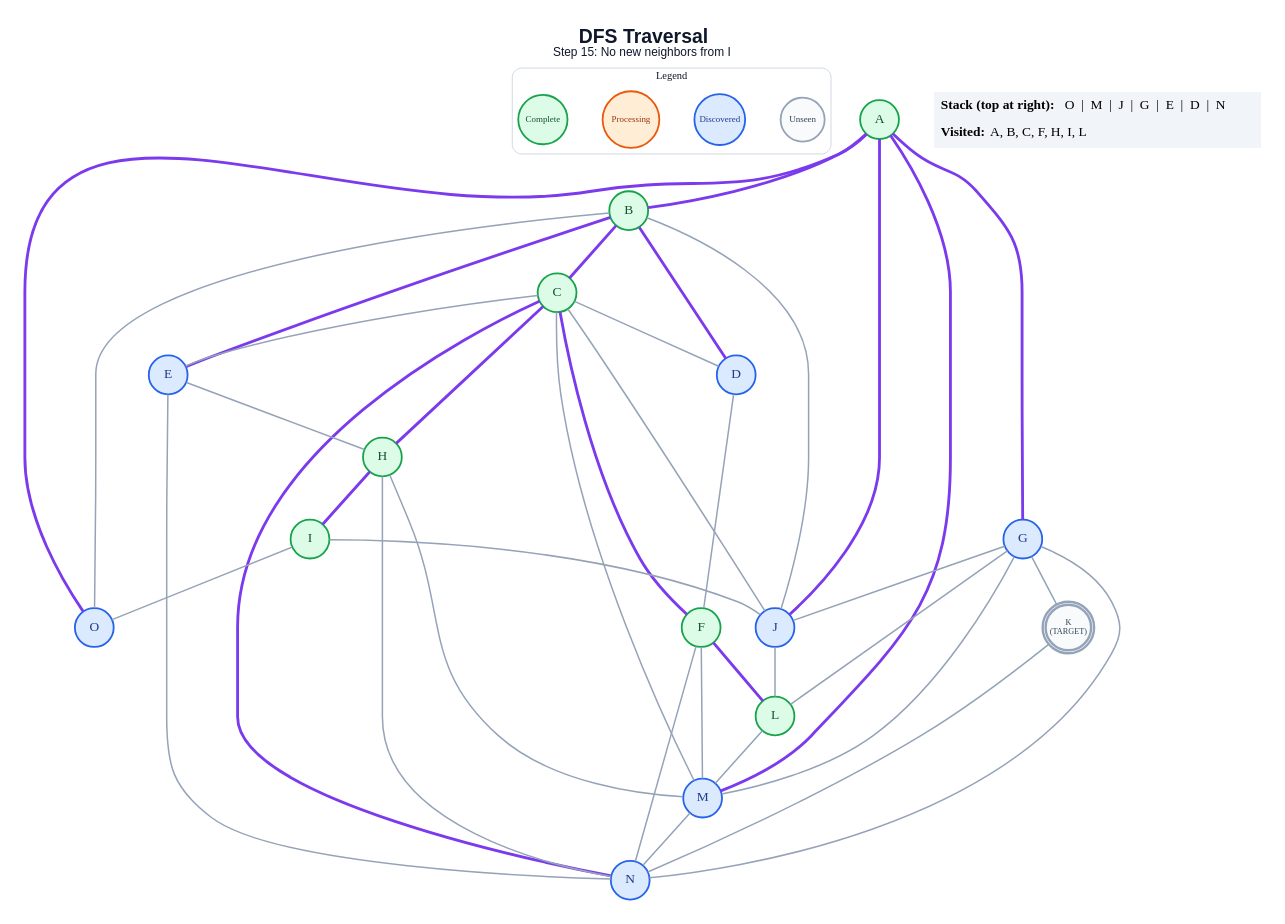
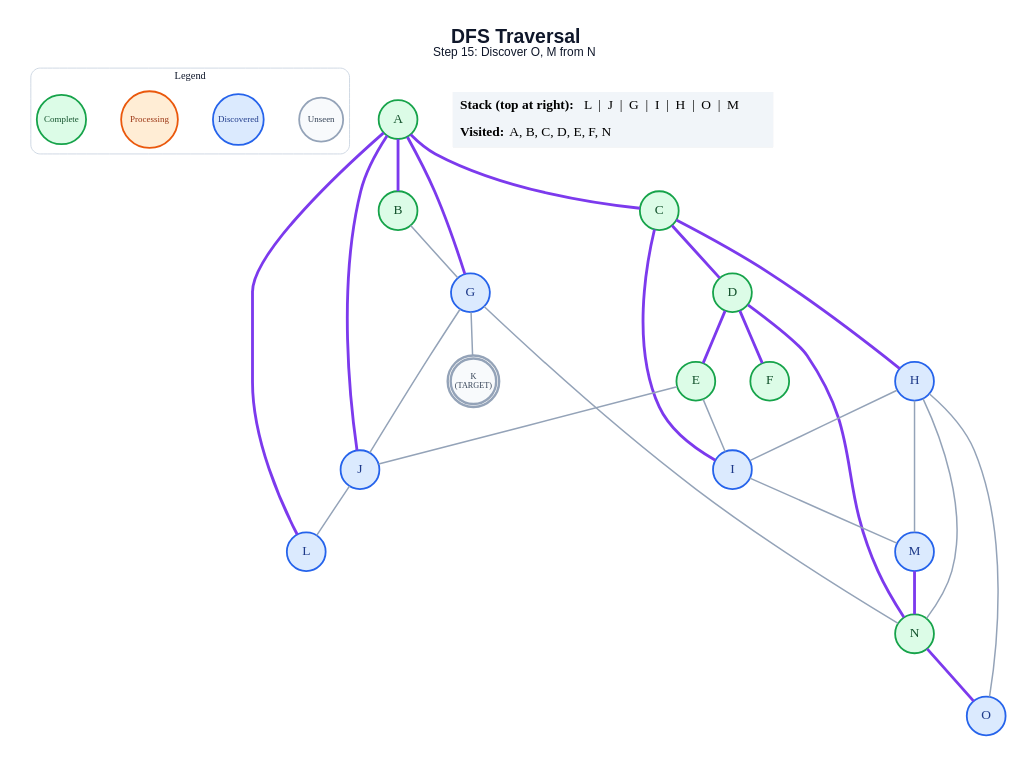
One commit to anon7238593-create/ai-slop changed the diagram in generated/short-circuit/dfs/step_15.dot. Above: the diagram before and after it, drawn with Graphviz. The commit also changed 286 other files, not shown here.

```diff
--- a/generated/short-circuit/dfs/step_15.dot
+++ b/generated/short-circuit/dfs/step_15.dot
@@ -1,71 +1,59 @@
 graph traversal {
   graph [layout=dot, rankdir=TB, bgcolor="#FFFFFF", pad="0.35", nodesep="0.65", ranksep="0.8", fontname="Arial"];
   node [shape=circle, style="filled", fontname="Arial Bold", fontsize=18, width=0.72, fixedsize=true, penwidth=2.4];
   edge [color="#94A3B8", penwidth=2.0];
-  label=<<B>DFS Traversal</B><BR/><FONT POINT-SIZE="16">Step 15: No new neighbors from I</FONT>>; labelloc="t"; fontsize=26; fontname="Arial"; fontcolor="#0F172A";
+  label=<<B>DFS Traversal</B><BR/><FONT POINT-SIZE="16">Step 15: Discover O, M from N</FONT>>; labelloc="t"; fontsize=26; fontname="Arial"; fontcolor="#0F172A";
   subgraph cluster_legend { label="Legend"; color="#CBD5E1"; penwidth=1.2; style="rounded"; fontsize=14; fontname="Arial Bold";
     key_unseen [label="Unseen", fillcolor="#F8FAFC", color="#94A3B8", fontcolor="#334155", fontsize=12, width=0.82];
     key_frontier [label="Discovered", fillcolor="#DBEAFE", color="#2563EB", fontcolor="#1E3A8A", fontsize=12, width=0.95];
     key_current [label="Processing", fillcolor="#FFEDD5", color="#EA580C", fontcolor="#9A3412", fontsize=12, width=1.05];
     key_done [label="Complete", fillcolor="#DCFCE7", color="#16A34A", fontcolor="#14532D", fontsize=12, width=0.92];
     { rank=same; key_unseen; key_frontier; key_current; key_done; }
   }
   A [label="A", fillcolor="#DCFCE7", color="#16A34A", fontcolor="#14532D", peripheries=1, penwidth=2.4];
   B [label="B", fillcolor="#DCFCE7", color="#16A34A", fontcolor="#14532D", peripheries=1, penwidth=2.4];
   C [label="C", fillcolor="#DCFCE7", color="#16A34A", fontcolor="#14532D", peripheries=1, penwidth=2.4];
-  D [label="D", fillcolor="#DBEAFE", color="#2563EB", fontcolor="#1E3A8A", peripheries=1, penwidth=2.4];
-  E [label="E", fillcolor="#DBEAFE", color="#2563EB", fontcolor="#1E3A8A", peripheries=1, penwidth=2.4];
+  D [label="D", fillcolor="#DCFCE7", color="#16A34A", fontcolor="#14532D", peripheries=1, penwidth=2.4];
+  E [label="E", fillcolor="#DCFCE7", color="#16A34A", fontcolor="#14532D", peripheries=1, penwidth=2.4];
   F [label="F", fillcolor="#DCFCE7", color="#16A34A", fontcolor="#14532D", peripheries=1, penwidth=2.4];
   G [label="G", fillcolor="#DBEAFE", color="#2563EB", fontcolor="#1E3A8A", peripheries=1, penwidth=2.4];
-  H [label="H", fillcolor="#DCFCE7", color="#16A34A", fontcolor="#14532D", peripheries=1, penwidth=2.4];
-  I [label="I", fillcolor="#DCFCE7", color="#16A34A", fontcolor="#14532D", peripheries=1, penwidth=2.4];
+  H [label="H", fillcolor="#DBEAFE", color="#2563EB", fontcolor="#1E3A8A", peripheries=1, penwidth=2.4];
+  I [label="I", fillcolor="#DBEAFE", color="#2563EB", fontcolor="#1E3A8A", peripheries=1, penwidth=2.4];
   J [label="J", fillcolor="#DBEAFE", color="#2563EB", fontcolor="#1E3A8A", peripheries=1, penwidth=2.4];
   K [label="K\n(TARGET)", fillcolor="#F8FAFC", color="#94A3B8", fontcolor="#334155", peripheries=2, penwidth=3.2, fontsize=11, width=0.85, height=0.85];
-  L [label="L", fillcolor="#DCFCE7", color="#16A34A", fontcolor="#14532D", peripheries=1, penwidth=2.4];
+  L [label="L", fillcolor="#DBEAFE", color="#2563EB", fontcolor="#1E3A8A", peripheries=1, penwidth=2.4];
   M [label="M", fillcolor="#DBEAFE", color="#2563EB", fontcolor="#1E3A8A", peripheries=1, penwidth=2.4];
-  N [label="N", fillcolor="#DBEAFE", color="#2563EB", fontcolor="#1E3A8A", peripheries=1, penwidth=2.4];
+  N [label="N", fillcolor="#DCFCE7", color="#16A34A", fontcolor="#14532D", peripheries=1, penwidth=2.4];
   O [label="O", fillcolor="#DBEAFE", color="#2563EB", fontcolor="#1E3A8A", peripheries=1, penwidth=2.4];
   A -- B [color="#7C3AED", penwidth=3.8];
+  A -- C [color="#7C3AED", penwidth=3.8];
   A -- G [color="#7C3AED", penwidth=3.8];
   A -- J [color="#7C3AED", penwidth=3.8];
-  A -- M [color="#7C3AED", penwidth=3.8];
-  A -- O [color="#7C3AED", penwidth=3.8];
-  B -- C [color="#7C3AED", penwidth=3.8];
-  B -- D [color="#7C3AED", penwidth=3.8];
-  B -- E [color="#7C3AED", penwidth=3.8];
-  B -- J;
-  B -- O;
-  C -- D;
-  C -- E;
-  C -- F [color="#7C3AED", penwidth=3.8];
+  A -- L [color="#7C3AED", penwidth=3.8];
+  B -- G;
+  C -- D [color="#7C3AED", penwidth=3.8];
   C -- H [color="#7C3AED", penwidth=3.8];
-  C -- J;
-  C -- M;
-  C -- N [color="#7C3AED", penwidth=3.8];
-  D -- F;
-  E -- H;
-  E -- N;
-  F -- L [color="#7C3AED", penwidth=3.8];
-  F -- M;
-  F -- N;
+  C -- I [color="#7C3AED", penwidth=3.8];
+  D -- E [color="#7C3AED", penwidth=3.8];
+  D -- F [color="#7C3AED", penwidth=3.8];
+  D -- N [color="#7C3AED", penwidth=3.8];
+  E -- I;
+  E -- J;
   G -- J;
   G -- K;
-  G -- L;
-  G -- M;
   G -- N;
-  H -- I [color="#7C3AED", penwidth=3.8];
+  H -- I;
   H -- M;
   H -- N;
-  I -- J;
-  I -- O;
+  H -- O;
+  I -- M;
   J -- L;
-  K -- N;
-  L -- M;
-  M -- N;
+  M -- N [color="#7C3AED", penwidth=3.8];
+  N -- O [color="#7C3AED", penwidth=3.8];
   status [shape=plain, fixedsize=false, width=0, height=0, margin=0, label=<
     <TABLE BORDER="0" CELLBORDER="0" CELLPADDING="7" BGCOLOR="#F1F5F9">
-      <TR><TD ALIGN="LEFT"><B>Stack (top at right):</B> O  |  M  |  J  |  G  |  E  |  D  |  N</TD></TR>
-      <TR><TD ALIGN="LEFT"><B>Visited:</B> A, B, C, F, H, I, L</TD></TR>
+      <TR><TD ALIGN="LEFT"><B>Stack (top at right):</B> L  |  J  |  G  |  I  |  H  |  O  |  M</TD></TR>
+      <TR><TD ALIGN="LEFT"><B>Visited:</B> A, B, C, D, E, F, N</TD></TR>
     </TABLE>
   >];
 }
```
